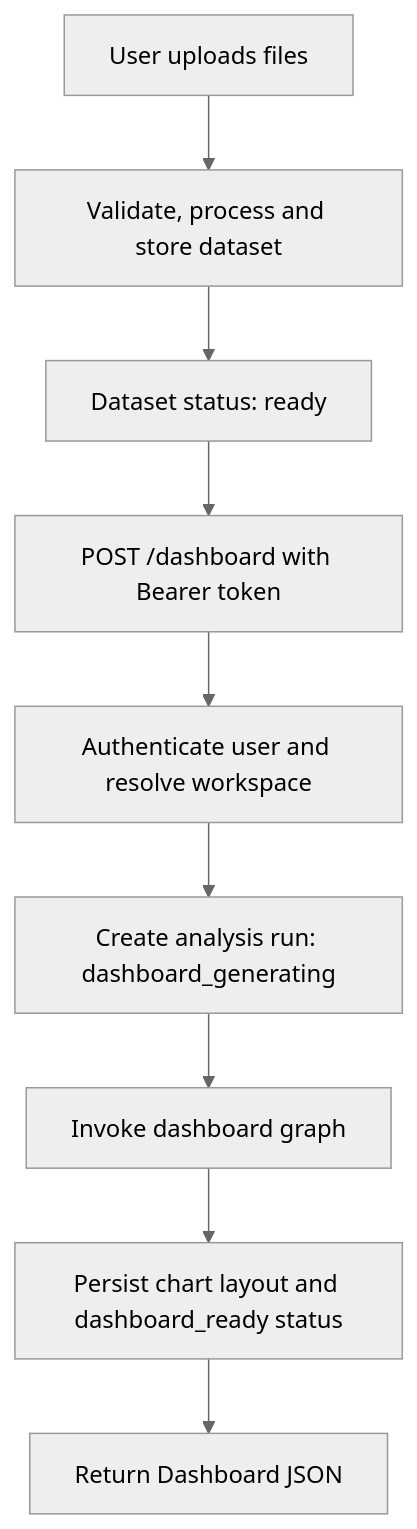
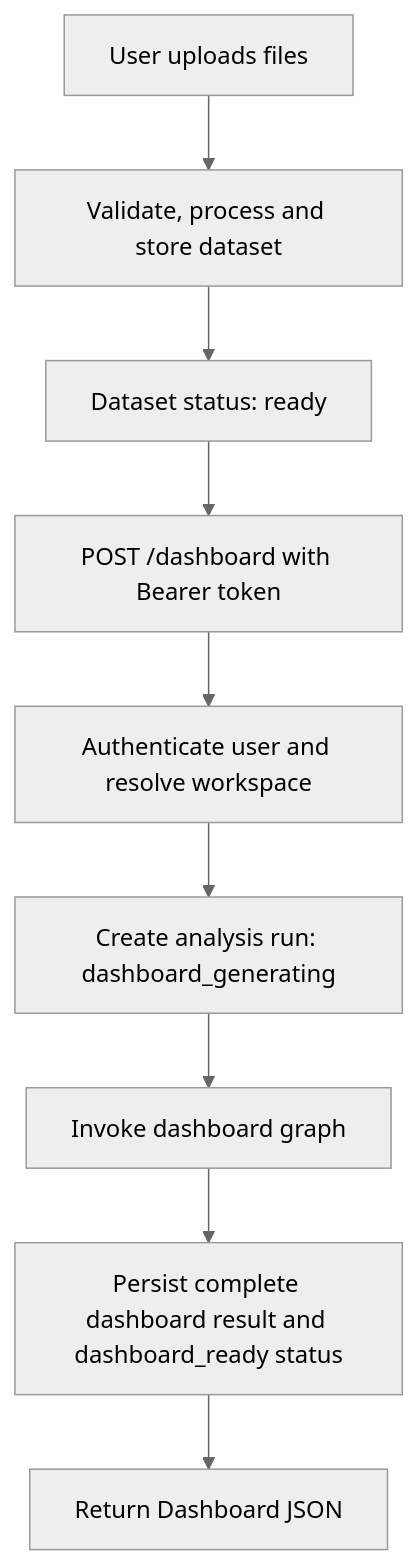
The first of 3 diagrams in LANGGRAPH_ARCHITECTURE.md (v-rowjee/MMP), drawn with Mermaid (neutral theme) before and after one commit. The commit also changed other lines of this file and 10 other files, not shown here.

````diff
--- a/LANGGRAPH_ARCHITECTURE.md
+++ b/LANGGRAPH_ARCHITECTURE.md
@@ -26,11 +26,11 @@
 ```mermaid
 flowchart TD
     A["User uploads files"] --> B["Validate, process and store dataset"]
     B --> C["Dataset status: ready"]
     C --> D["POST /dashboard with Bearer token"]
     D --> E["Authenticate user and resolve workspace"]
     E --> F["Create analysis run: dashboard_generating"]
     F --> G["Invoke dashboard graph"]
-    G --> H["Persist chart layout and dashboard_ready status"]
+    G --> H["Persist complete dashboard result and dashboard_ready status"]
     H --> I["Return Dashboard JSON"]
 ```
````
